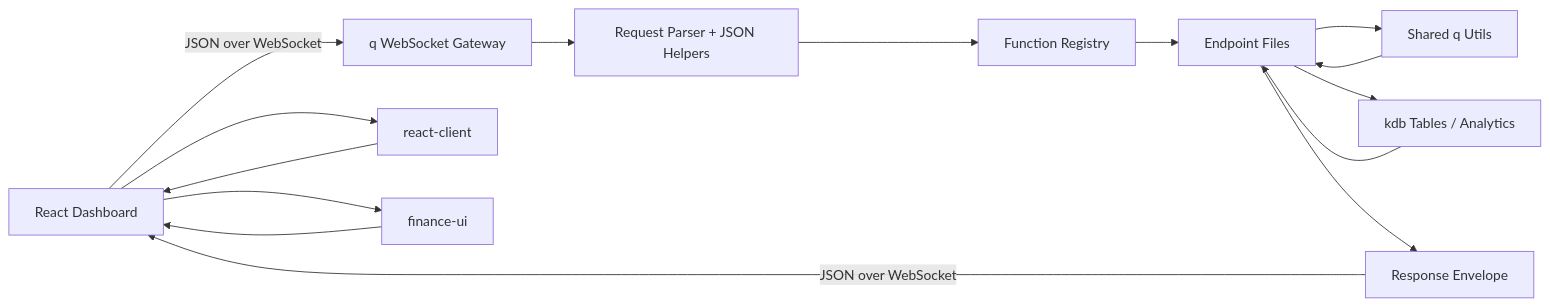
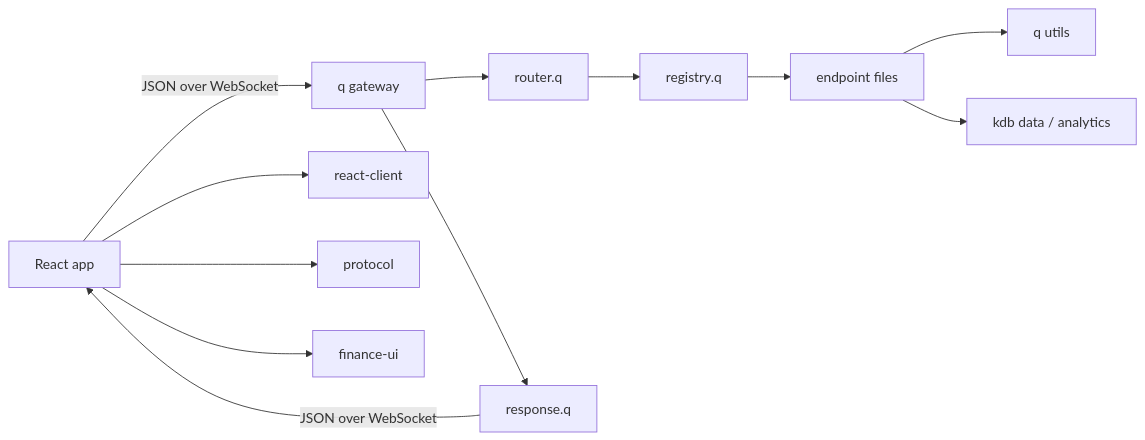
Before and after one commit to Deonatan/kdb-dashboard-library: the diagram in README.md, drawn with Mermaid. The commit also changed other lines of this file and 3 other files, not shown here.

````diff
--- a/README.md
+++ b/README.md
@@ -25,17 +35,14 @@
 ```mermaid
 flowchart LR
-    A["React Dashboard"] -->|JSON over WebSocket| B["q WebSocket Gateway"]
-    B --> C["Request Parser + JSON Helpers"]
-    C --> D["Function Registry"]
-    D --> E["Endpoint Files"]
-    E --> F["Shared q Utils"]
-    E --> G["kdb Tables / Analytics"]
-    G --> E
-    F --> E
+    A["React app"] -->|JSON over WebSocket| B["q gateway"]
+    B --> C["router.q"]
+    C --> D["registry.q"]
+    D --> E["endpoint files"]
+    E --> F["q utils"]
+    E --> G["kdb data / analytics"]
+    B --> H["response.q"]
+    H -->|JSON over WebSocket| A
     A --> I["react-client"]
-    A --> J["finance-ui"]
-    I --> A
-    J --> A
-    E --> H["Response Envelope"]
-    H -->|JSON over WebSocket| A
+    A --> J["protocol"]
+    A --> K["finance-ui"]
 ```
````
